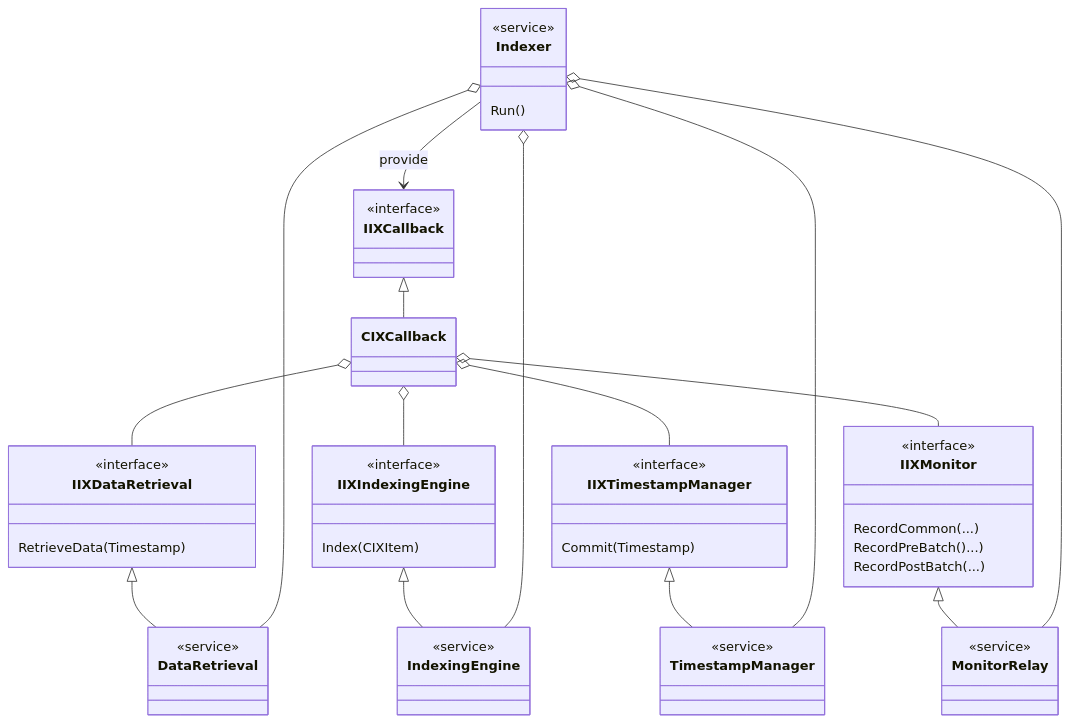
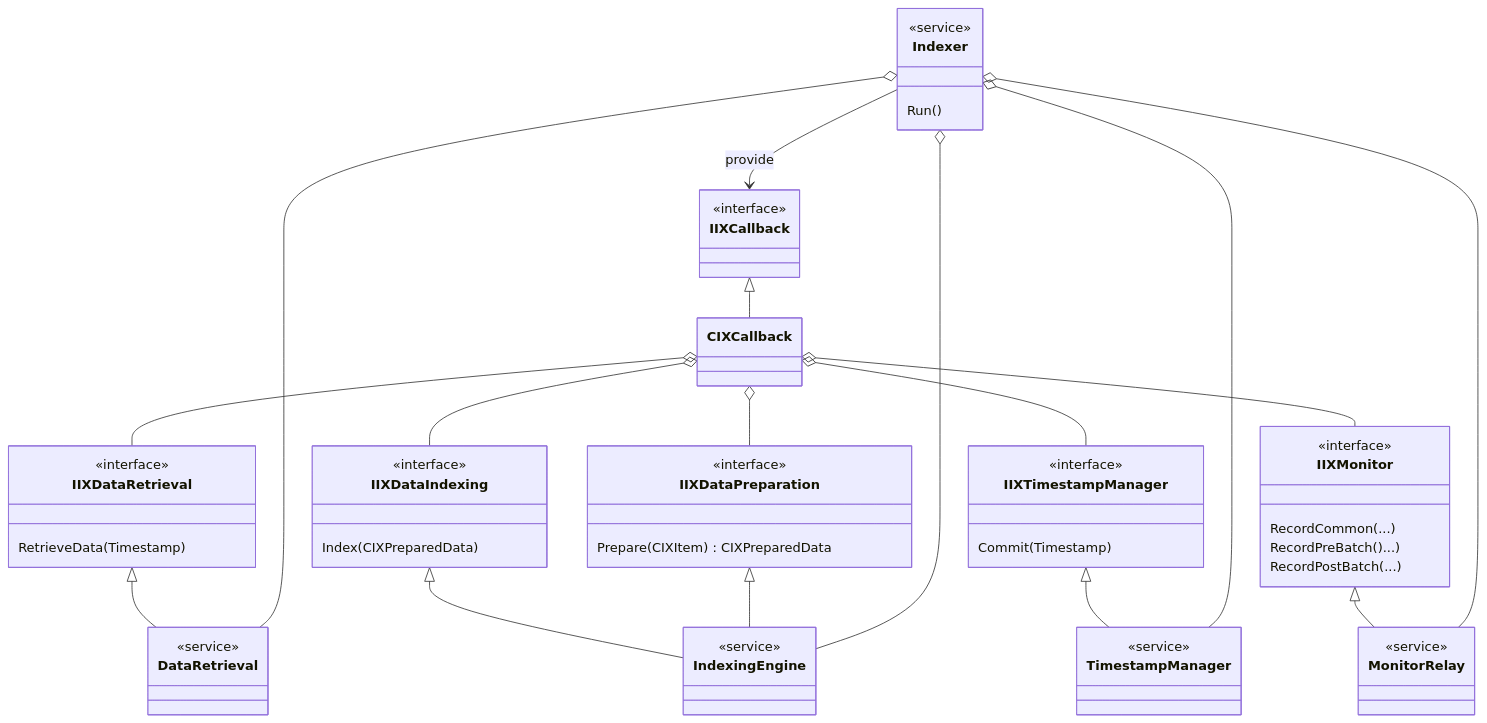
Before and after one commit to lightcaurby/Code-IXSample: the first of 3 diagrams in README.md, drawn with Mermaid. The commit also changed other lines of this file, not shown here.

Commit message:
IndexingEngine interface split.

````diff
--- a/README.md
+++ b/README.md
@@ -1,54 +1,59 @@
 ```mermaid
 classDiagram
 
 class IIXCallback
 <<interface>> IIXCallback
 
 class IIXTimestampManager
 <<interface>> IIXTimestampManager
 IIXTimestampManager : Commit(Timestamp)
 class TimestampManager
 <<service>> TimestampManager
 IIXTimestampManager <|-- TimestampManager
 
-class IIXIndexingEngine 
-<<interface>> IIXIndexingEngine
-IIXIndexingEngine : Index(CIXItem)
+class IIXDataPreparation
+<<interface>> IIXDataPreparation
+IIXDataPreparation : Prepare(CIXItem) CIXPreparedData
+class IIXDataIndexing 
+<<interface>> IIXDataIndexing
+IIXDataIndexing : Index(CIXPreparedData)
 class IndexingEngine
 <<service>> IndexingEngine
-IIXIndexingEngine <|-- IndexingEngine
+IIXDataIndexing <|-- IndexingEngine
+IIXDataPreparation <|-- IndexingEngine
 
 class IIXDataRetrieval
 <<interface>> IIXDataRetrieval
 IIXDataRetrieval : RetrieveData(Timestamp) 
 class DataRetrieval
 <<service>> DataRetrieval
 IIXDataRetrieval <|-- DataRetrieval
 
 class IIXMonitor
 <<interface>> IIXMonitor
 IIXMonitor : RecordCommon(...)
 IIXMonitor : RecordPreBatch()...)
 IIXMonitor : RecordPostBatch(...)
 class MonitorRelay
 <<service>> MonitorRelay
 IIXMonitor <|-- MonitorRelay
 
 IIXCallback <|-- CIXCallback
 CIXCallback o-- IIXDataRetrieval
-CIXCallback o-- IIXIndexingEngine
+CIXCallback o-- IIXDataPreparation
+CIXCallback o-- IIXDataIndexing
 CIXCallback o-- IIXTimestampManager
 CIXCallback o-- IIXMonitor
 
 class Indexer
 <<service>> Indexer
 
 Indexer : Run()
 Indexer --> IIXCallback : provide
 Indexer o-- DataRetrieval
 Indexer o-- MonitorRelay
 Indexer o-- IndexingEngine
 Indexer o-- TimestampManager
 
 
 ```
````
